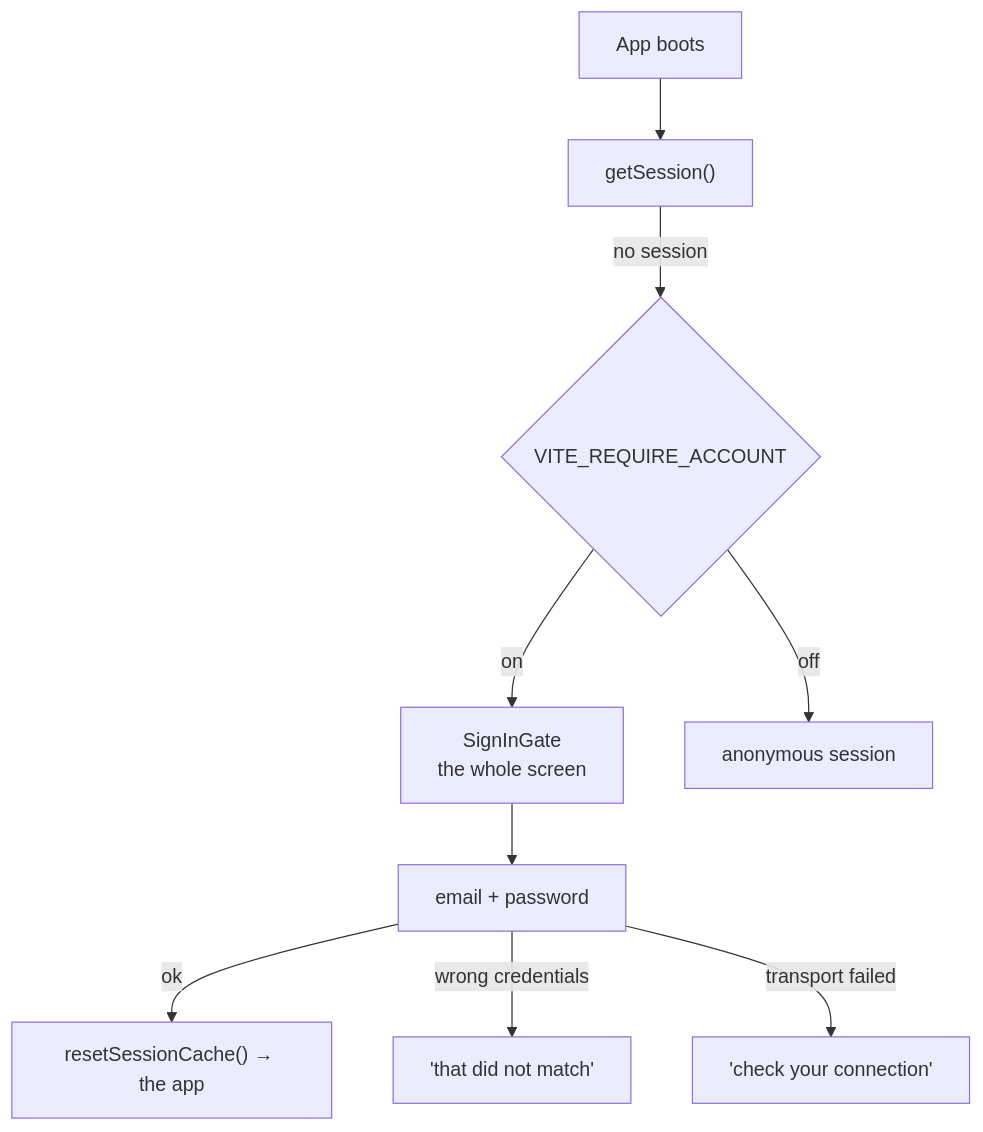
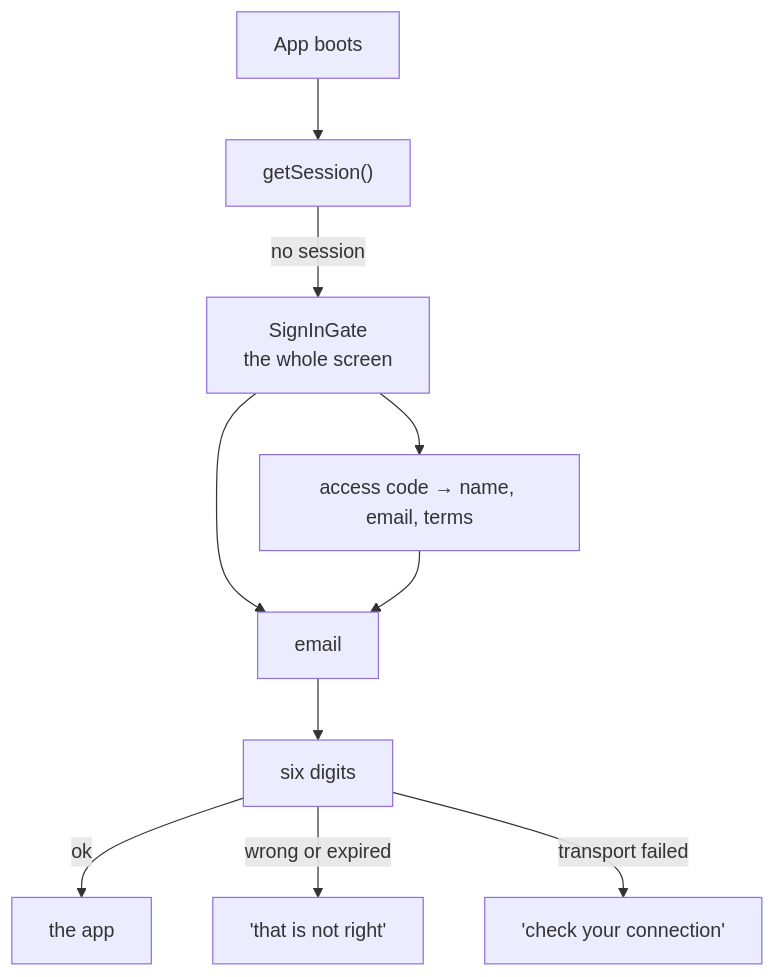
Before and after one commit to product-ben/musie: the diagram in apps/docs/features/sign-in.md, drawn with Mermaid. The commit also changed other lines of this file and 33 other files, not shown here.

````diff
--- a/apps/docs/features/sign-in.md
+++ b/apps/docs/features/sign-in.md
@@ -6,11 +6,12 @@
 ```mermaid
 flowchart TD
   B["App boots"] --> G["getSession()"]
-  G -->|"no session"| F{"VITE_REQUIRE_ACCOUNT"}
-  F -->|"on"| S["SignInGate<br/>the whole screen"]
-  F -->|"off"| A["anonymous session"]
-  S --> T["email + password"]
-  T -->|"ok"| R["resetSessionCache() → the app"]
-  T -->|"wrong credentials"| E1["'that did not match'"]
-  T -->|"transport failed"| E2["'check your connection'"]
+  G -->|"no session"| S["SignInGate<br/>the whole screen"]
+  S --> T["email"]
+  S --> U["access code → name, email, terms"]
+  U --> T
+  T --> C["six digits"]
+  C -->|"ok"| R["the app"]
+  C -->|"wrong or expired"| E1["'that is not right'"]
+  C -->|"transport failed"| E2["'check your connection'"]
 ```
````
